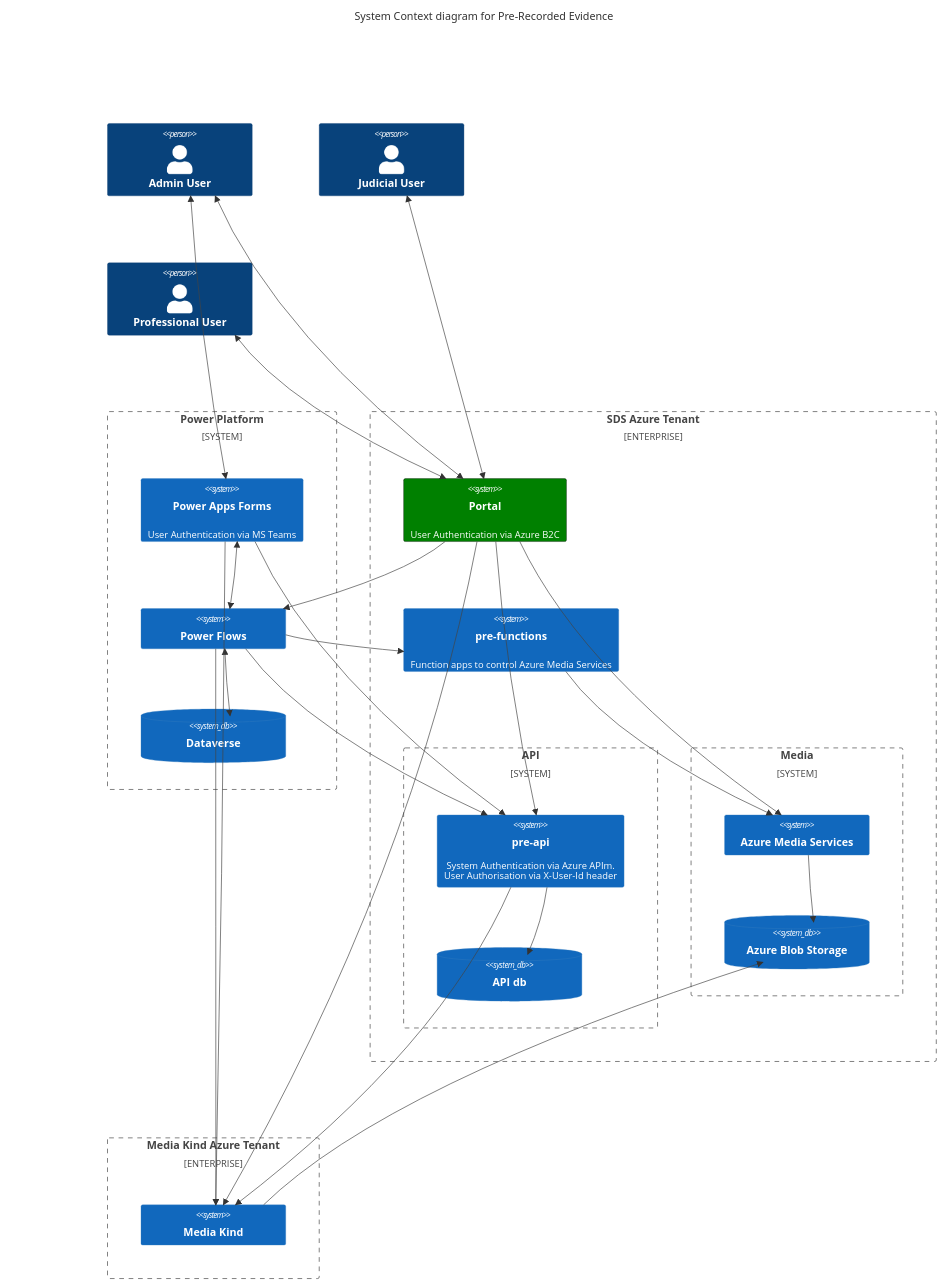
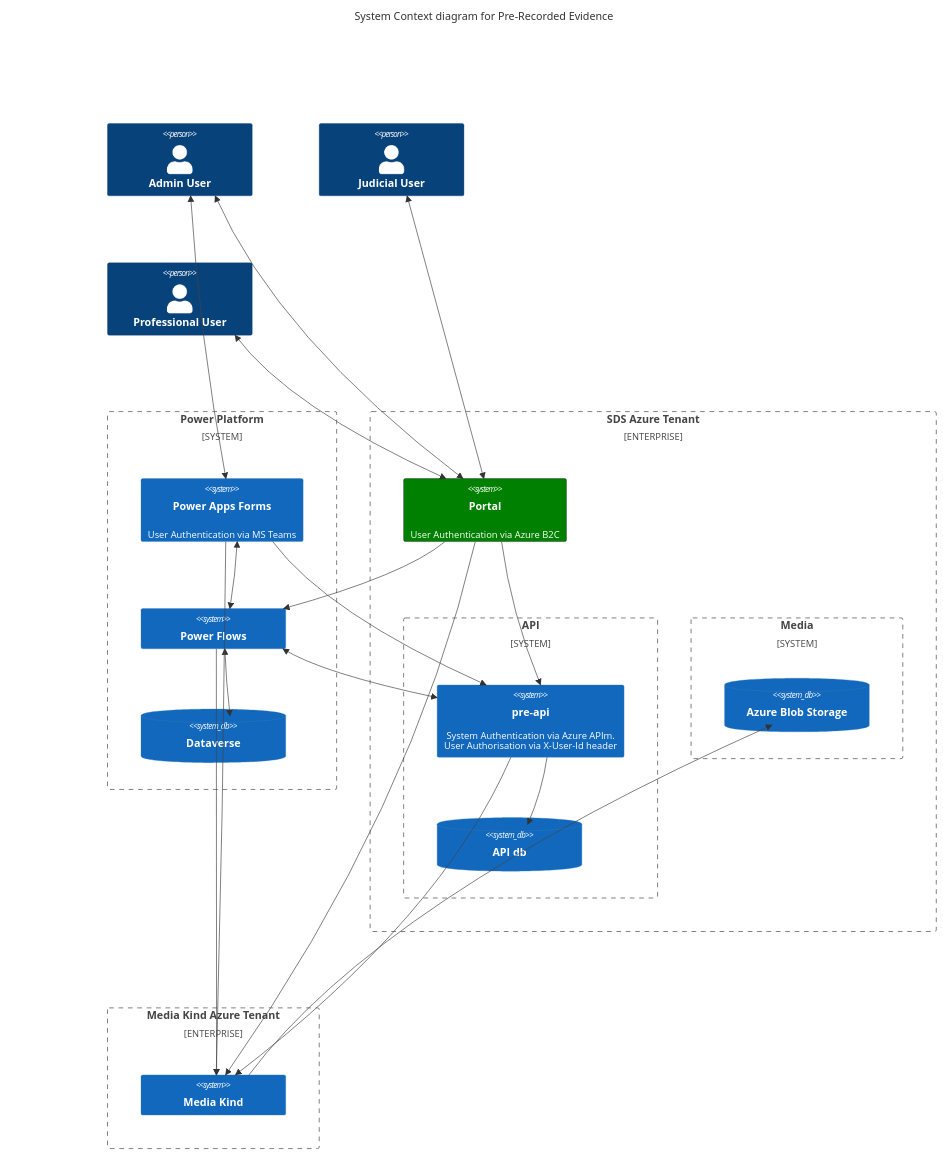
The diagram in README.md (hmcts/pre-portal2), drawn with Mermaid before and after one commit.

Commit message:
Update diagram with MK changes (#593)
* Update diagram with MK changes

* typo

---------

````diff
--- a/README.md
+++ b/README.md
@@ -15,61 +15,54 @@
 ```mermaid
     C4Context
       title System Context diagram for Pre-Recorded Evidence
 
       Person(adminUser, "Admin User", "")
       Person(judicialUser, "Judicial User", "")
       Person(professionalUser, "Professional User", "")
 
 
       System_Boundary(PowerPlatform, "Power Platform") {
         System(PowerApps, "Power Apps Forms", "User Authentication via MS Teams")
         System(PowerFlows, "Power Flows", "")
         SystemDb(Dataverse, "Dataverse", "")
       }
 
       Enterprise_Boundary(a0, "SDS Azure Tenant",) {
         System(Portal, "Portal", "User Authentication via Azure B2C")
 
-        System(function, "pre-functions", "Function apps to control Azure Media Services")
-
         System_Boundary(api, "API") {
             System(api, "pre-api", "System Authentication via Azure APIm.<br/>User Authorisation via X-User-Id header")
             SystemDb(db, "API db")
         }
 
         System_Boundary(media, "Media") {
-            System(ams, "Azure Media Services")
             SystemDb(blob, "Azure Blob Storage")
         }
 
       }
 
       Enterprise_Boundary(a1, "Media Kind Azure Tenant",) {
         System(mk, "Media Kind")
       }
 
       BiRel(judicialUser, Portal, "")
       BiRel(adminUser, Portal, "")
       BiRel(adminUser, PowerApps, "")
       BiRel(professionalUser, Portal, "")
       BiRel(PowerApps, PowerFlows, "")
       Rel(Portal, PowerFlows, "")
-      Rel(Portal, ams, "")
       Rel(Portal, api, "")
       BiRel(PowerFlows, Dataverse, "")
       Rel(PowerApps, api, "")
-      Rel(PowerFlows, api, "")
-      Rel(PowerFlows, function, "")
+      BiRel(PowerFlows, api, "")
       Rel(api, db, "")
-      Rel(ams, blob, "")
-      Rel(function, ams, "")
 
       Rel(Portal, mk, "")
       Rel(PowerApps, mk, "")
       Rel(PowerFlows, mk, "")
       Rel(api, mk, "")
       Rel(mk, blob, "")
       UpdateElementStyle(Portal,  $bgColor="green", $borderColor="black")
       UpdateElementStyle(PowerPlatform)
       UpdateLayoutConfig($c4ShapeInRow="3", $c4BoundaryInRow="1")
 ```
````
